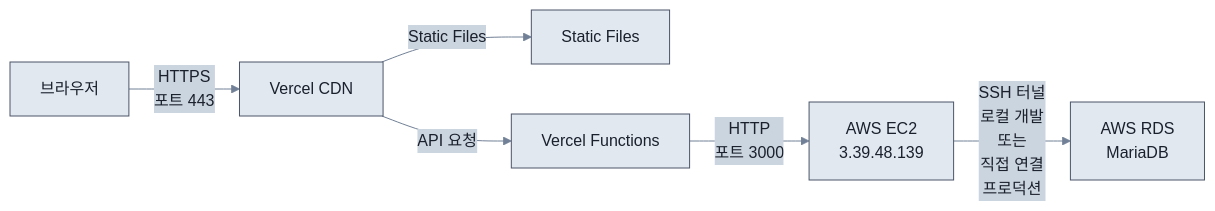
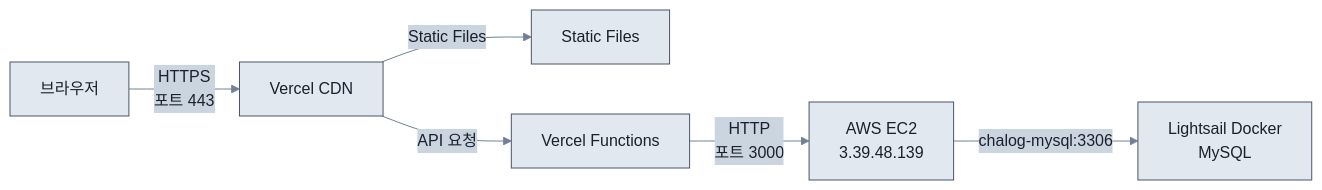
Before and after one commit to FLYLIKEB/ChaLog: diagram 11 of 11 in docs/architecture/SERVER_ARCHITECTURE.md, drawn with Mermaid. The commit also changed other lines of this file and 23 other files, not shown here.

First line of the commit message:
chore: Docker MySQL 로컬 DB 환경 설정 및 인프라 문서 업데이트

````diff
--- a/docs/architecture/SERVER_ARCHITECTURE.md
+++ b/docs/architecture/SERVER_ARCHITECTURE.md
@@ -406,10 +399,10 @@
 ```mermaid
 %%{init: {'theme':'base', 'themeVariables': { 'primaryColor':'#e2e8f0', 'primaryTextColor':'#1a202c', 'primaryBorderColor':'#4a5568', 'lineColor':'#718096', 'secondaryColor':'#cbd5e0', 'tertiaryColor':'#f7fafc'}}}%%
 flowchart LR
     Browser["브라우저"] -->|HTTPS<br/>포트 443| VercelCDN["Vercel CDN"]
     VercelCDN -->|Static Files| Static["Static Files"]
     VercelCDN -->|API 요청| Functions["Vercel Functions"]
     Functions -->|HTTP<br/>포트 3000| EC2["AWS EC2<br/>3.39.48.139"]
-    EC2 -->|SSH 터널<br/>로컬 개발<br/>또는<br/>직접 연결<br/>프로덕션| RDS["AWS RDS<br/>MariaDB"]
+    EC2 -->|chalog-mysql:3306| MySQL["Lightsail Docker<br/>MySQL"]
 
 ```
````
